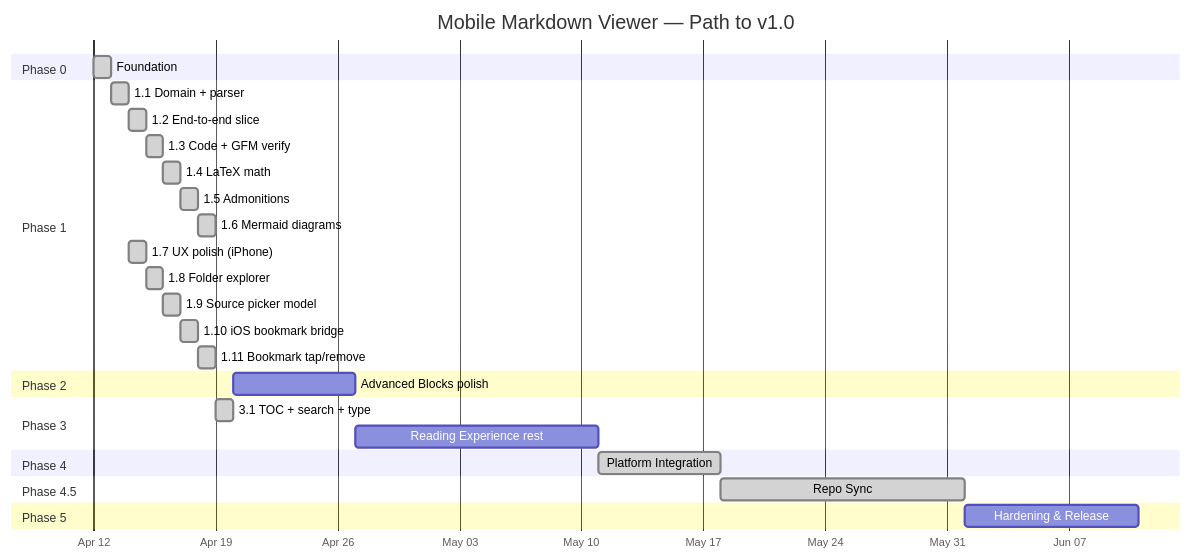
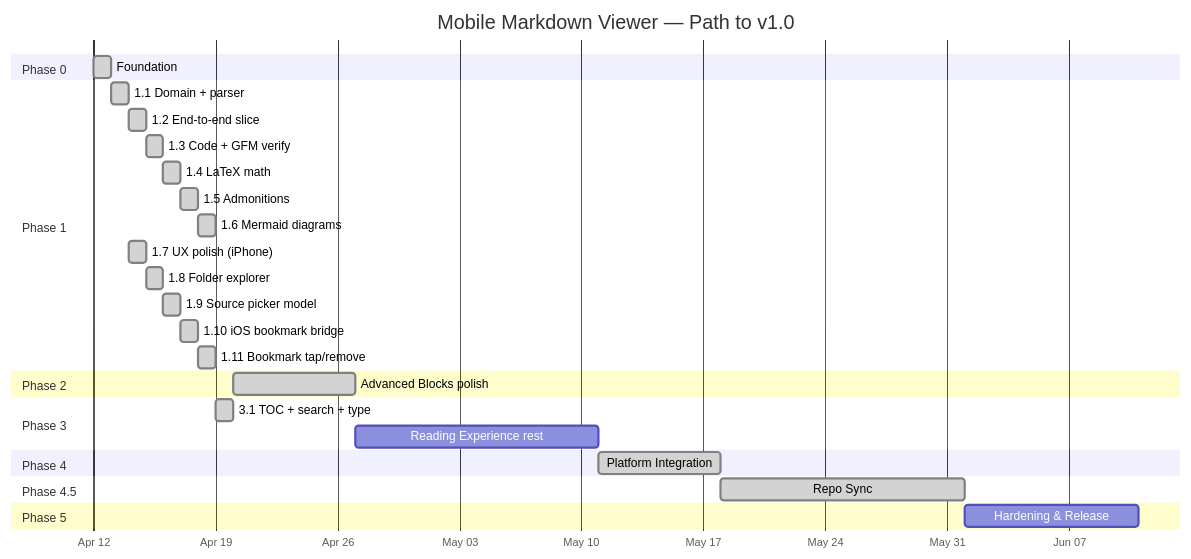
The diagram in docs/roadmap.md (cemililik/markdown-viewer-mobile), drawn with Mermaid before and after one commit. The commit also changed other lines of this file and 22 other files, not shown here.

````diff
--- a/docs/roadmap.md
+++ b/docs/roadmap.md
@@ -8,38 +8,38 @@
 ```mermaid
 gantt
     title Mobile Markdown Viewer — Path to v1.0
     dateFormat  YYYY-MM-DD
     axisFormat  %b %d
 
     section Phase 0
     Foundation               :done, p0, 2026-04-12, 1d
 
     section Phase 1
     1.1 Domain + parser      :done, p11, 2026-04-13, 1d
     1.2 End-to-end slice     :done, p12, after p11, 1d
     1.3 Code + GFM verify    :done, p13, after p12, 1d
     1.4 LaTeX math           :done, p14, after p13, 1d
     1.5 Admonitions          :done, p15, after p14, 1d
     1.6 Mermaid diagrams     :done, p16, after p15, 1d
     1.7 UX polish (iPhone)   :done, p17, 2026-04-14, 1d
     1.8 Folder explorer      :done, p18, after p17, 1d
     1.9 Source picker model  :done, p19, after p18, 1d
     1.10 iOS bookmark bridge :done, p110, after p19, 1d
     1.11 Bookmark tap/remove :done, p111, after p110, 1d
 
     section Phase 2
-    Advanced Blocks polish   :p2, after p31, 7d
+    Advanced Blocks polish   :done, p2, after p31, 7d
 
     section Phase 3
     3.1 TOC + search + type  :done, p31, after p111, 1d
     Reading Experience rest  :p3, after p2, 14d
 
     section Phase 4
     Platform Integration     :done, p4, after p3, 7d
 
     section Phase 4.5
     Repo Sync                :done, p45, after p4, 14d
 
     section Phase 5
     Hardening & Release      :p5, after p45, 10d
 ```
````
